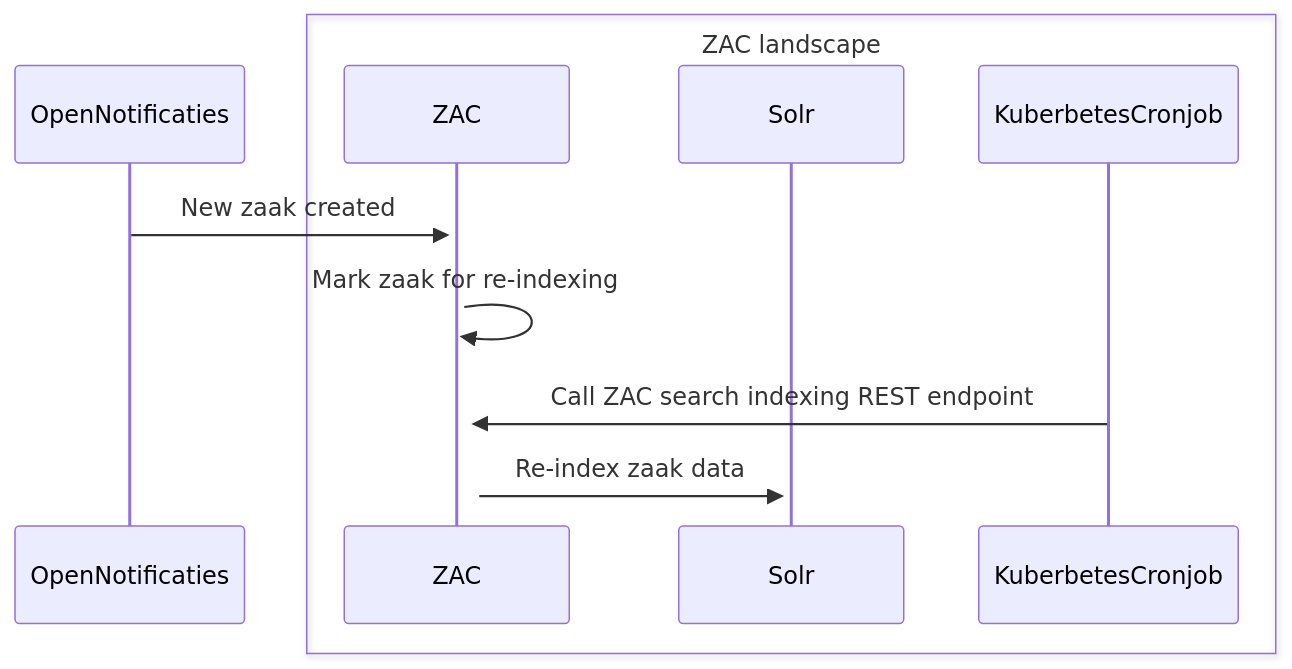
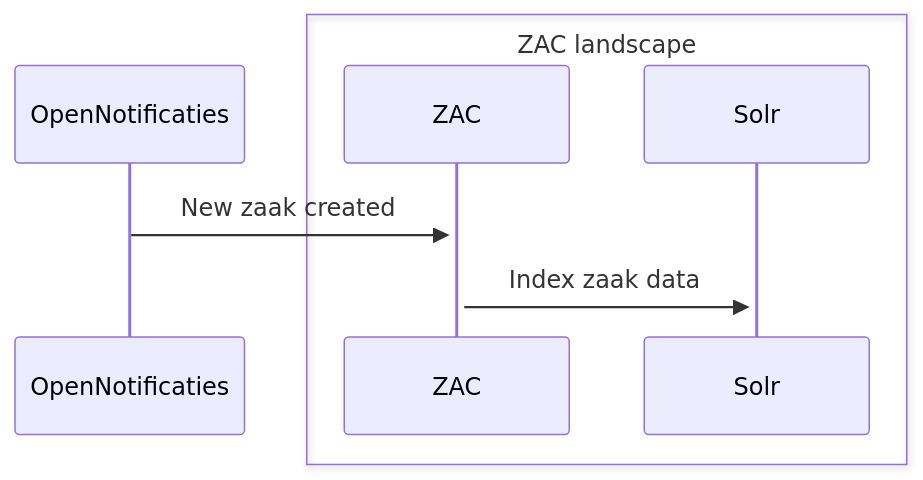
The diagram in docs/solution-architecture/solrArchitecture.md (infonl/dimpact-zaakafhandelcomponent), drawn with Mermaid before and after one commit. The commit also changed other lines of this file and 1 other file, not shown here.

Commit message:
docs: updated Solr architecture docs because they were outdated and incorrect. Also added a deployment diagram.

````diff
--- a/docs/solution-architecture/solrArchitecture.md
+++ b/docs/solution-architecture/solrArchitecture.md
@@ -30,14 +24,11 @@
 ```mermaid
 sequenceDiagram
     participant OpenNotificaties
     box ZAC landscape
     participant ZAC
     participant Solr
-    participant KuberbetesCronjob
     end
 
     OpenNotificaties->>+ZAC: New zaak created
-    ZAC->>+ZAC: Mark zaak for re-indexing
-    KuberbetesCronjob->>+ZAC: Call ZAC search indexing REST endpoint
-    ZAC->>+Solr: Re-index zaak data
+    ZAC->>+Solr: Index zaak data
 ```
````
